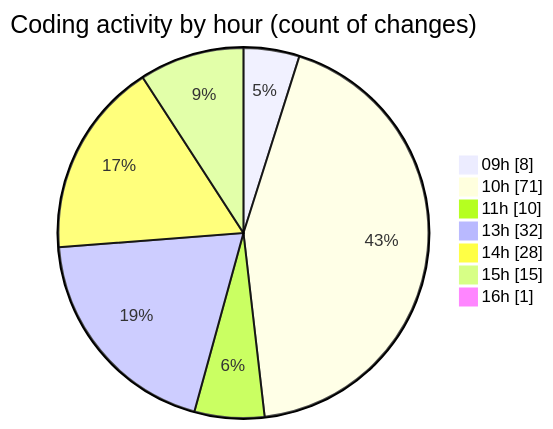
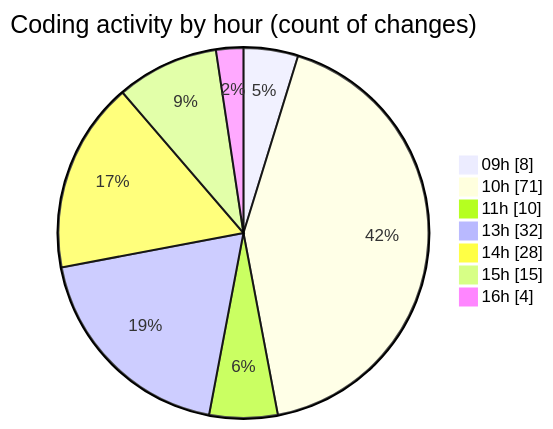
One commit to CELIANVF/code-tracking changed the second of 2 diagrams in 2025-06-03/ecodeli-1/README.md. Above: the diagram before and after it, drawn with Mermaid. The commit also changed other lines of this file and 1 other file, not shown here.

````diff
--- a/2025-06-03/ecodeli-1/README.md
+++ b/2025-06-03/ecodeli-1/README.md
@@ -77,11 +77,11 @@
 ```mermaid
 pie showData
 title Coding activity by hour (count of changes)
 "09h" : 8
 "10h" : 71
 "11h" : 10
 "13h" : 32
 "14h" : 28
 "15h" : 15
-"16h" : 1
+"16h" : 4
 ```
````
